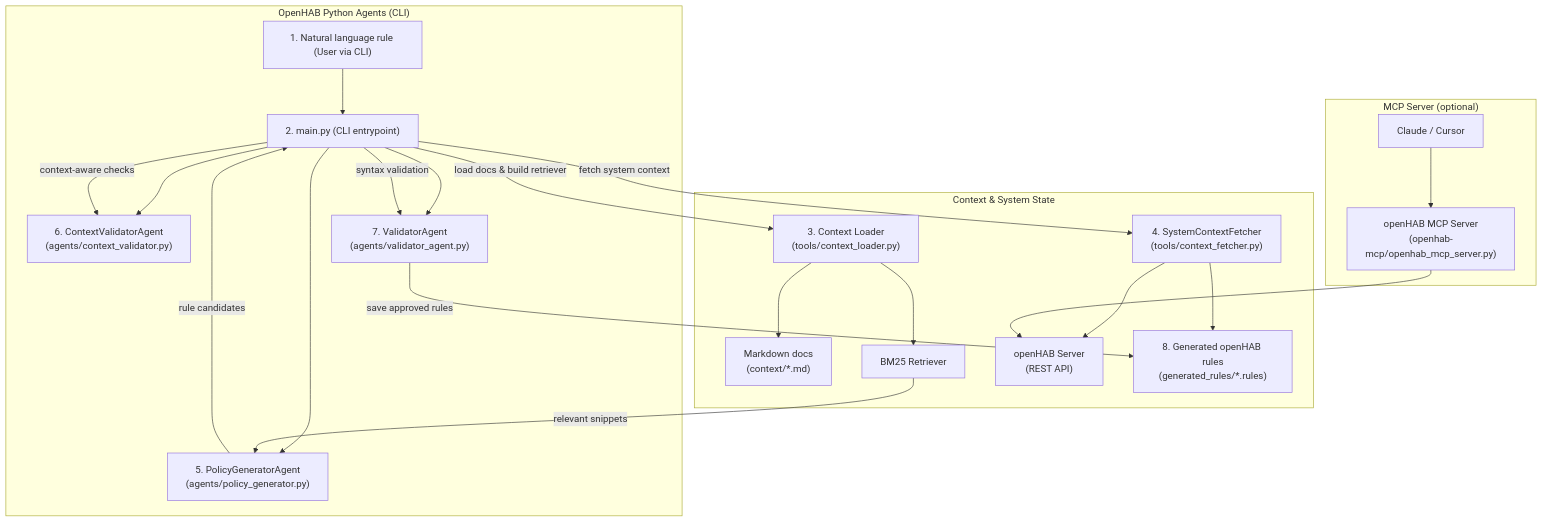
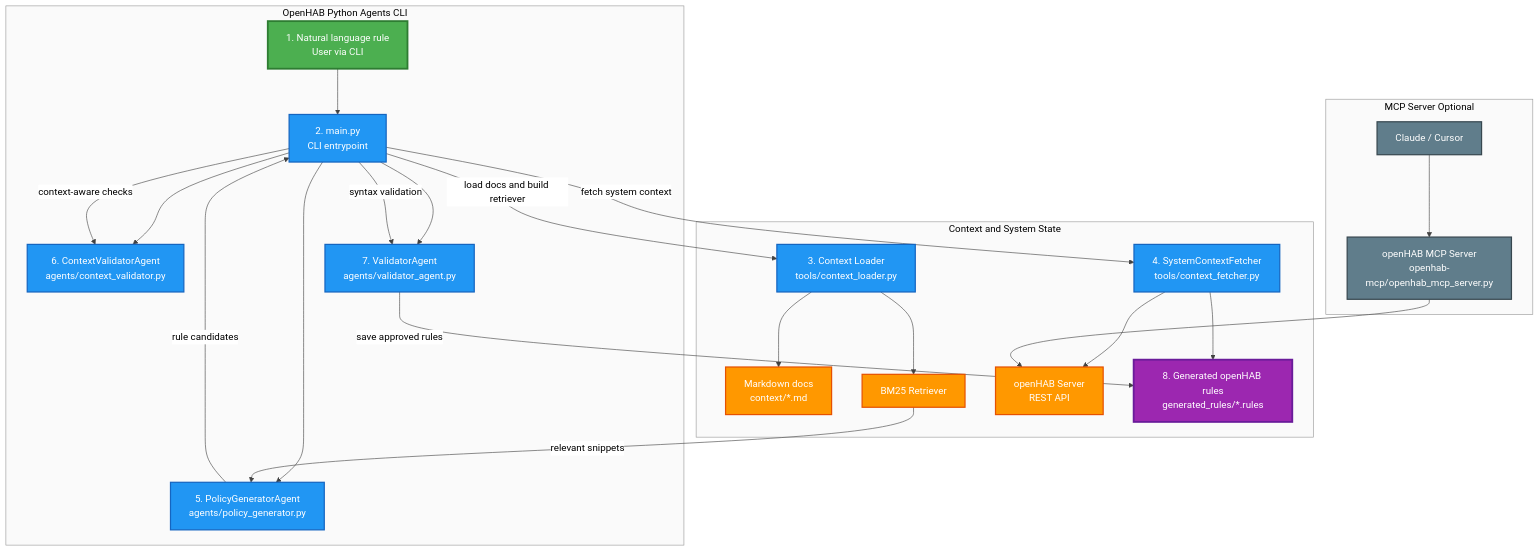
The diagram in ARCHITECTURE.md (cresset-lab/AgentHAB), drawn with Mermaid before and after one commit.

Commit message:
Refine architecture diagram in ARCHITECTURE.md by updating component names for consistency, improving clarity with enhanced descriptions, and adding styling for better visual representation of the natural language to openHAB rule generation flow.

````diff
--- a/ARCHITECTURE.md
+++ b/ARCHITECTURE.md
@@ -5,44 +5,58 @@
 ```mermaid
+%%{init: {'theme':'base', 'themeVariables': { 'primaryColor':'#e3f2fd','primaryTextColor':'#000','primaryBorderColor':'#1976d2','lineColor':'#424242','secondaryColor':'#fff3e0','secondaryTextColor':'#000','secondaryBorderColor':'#f57c00','tertiaryColor':'#f3e5f5','tertiaryTextColor':'#000','tertiaryBorderColor':'#7b1fa2','background':'#ffffff','mainBkg':'#ffffff','nodeBorder':'#333','clusterBkg':'#fafafa','clusterBorder':'#999','edgeLabelBackground':'#ffffff'}}}%%
 flowchart TD
   %% High-level architecture: OpenHAB Python agents + openHAB + optional MCP server
 
-  subgraph A["OpenHAB Python Agents (CLI)"]
-    U["1. Natural language rule (User via CLI)"] --> M["2. main.py (CLI entrypoint)"]
-    M --> PG["5. PolicyGeneratorAgent\n(agents/policy_generator.py)"]
-    M --> CV["6. ContextValidatorAgent\n(agents/context_validator.py)"]
-    M --> SV["7. ValidatorAgent\n(agents/validator_agent.py)"]
+  subgraph A["OpenHAB Python Agents CLI"]
+    U["1. Natural language rule<br/>User via CLI"] --> M["2. main.py<br/>CLI entrypoint"]
+    M --> PG["5. PolicyGeneratorAgent<br/>agents/policy_generator.py"]
+    M --> CV["6. ContextValidatorAgent<br/>agents/context_validator.py"]
+    M --> SV["7. ValidatorAgent<br/>agents/validator_agent.py"]
   end
 
-  subgraph B["Context & System State"]
-    CL["3. Context Loader\n(tools/context_loader.py)"]
-    DOCS["Markdown docs\n(context/*.md)"]
+  subgraph B["Context and System State"]
+    CL["3. Context Loader<br/>tools/context_loader.py"]
+    DOCS["Markdown docs<br/>context/*.md"]
     R["BM25 Retriever"]
-    CF["4. SystemContextFetcher\n(tools/context_fetcher.py)"]
-    OH["openHAB Server\n(REST API)"]
-    GR["8. Generated openHAB rules\n(generated_rules/*.rules)"]
+    CF["4. SystemContextFetcher<br/>tools/context_fetcher.py"]
+    OH["openHAB Server<br/>REST API"]
+    GR["8. Generated openHAB rules<br/>generated_rules/*.rules"]
   end
 
-  subgraph C["MCP Server (optional)"]
+  subgraph C["MCP Server Optional"]
     IDE["Claude / Cursor"]
-    MCP["openHAB MCP Server\n(openhab-mcp/openhab_mcp_server.py)"]
+    MCP["openHAB MCP Server<br/>openhab-mcp/openhab_mcp_server.py"]
   end
 
   %% Data flow: request → context → generation → validation → rules
-  M -->|"load docs & build retriever"| CL
+  M -->|"load docs and build retriever"| CL
   CL --> DOCS
   CL --> R
 
   M -->|"fetch system context"| CF
   CF --> OH
   CF --> GR
 
   R -->|"relevant snippets"| PG
   PG -->|"rule candidates"| M
   M -->|"context-aware checks"| CV
   M -->|"syntax validation"| SV
   SV -->|"save approved rules"| GR
 
   %% MCP integration path (separate from Python agents)
   IDE --> MCP
   MCP --> OH
+
+  %% Styling
+  classDef inputNode fill:#4caf50,stroke:#2e7d32,stroke-width:3px,color:#fff
+  classDef processNode fill:#2196f3,stroke:#1565c0,stroke-width:2px,color:#fff
+  classDef dataNode fill:#ff9800,stroke:#e65100,stroke-width:2px,color:#fff
+  classDef outputNode fill:#9c27b0,stroke:#6a1b9a,stroke-width:3px,color:#fff
+  classDef mcpNode fill:#607d8b,stroke:#37474f,stroke-width:2px,color:#fff
+
+  class U inputNode
+  class M,PG,CV,SV,CL,CF processNode
+  class DOCS,R,OH dataNode
+  class GR outputNode
+  class IDE,MCP mcpNode
 ```
````
